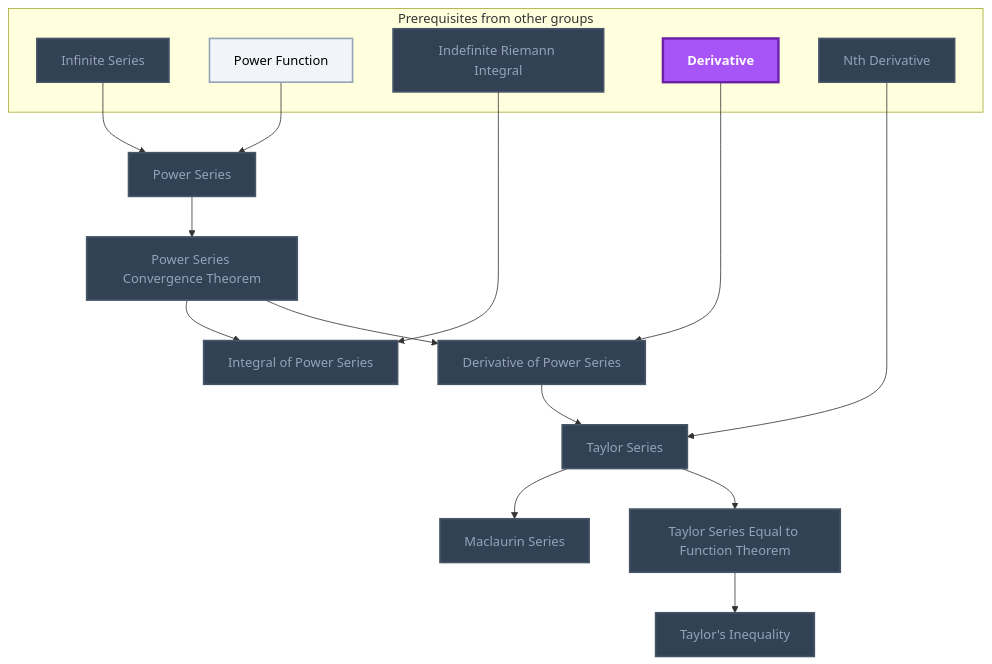
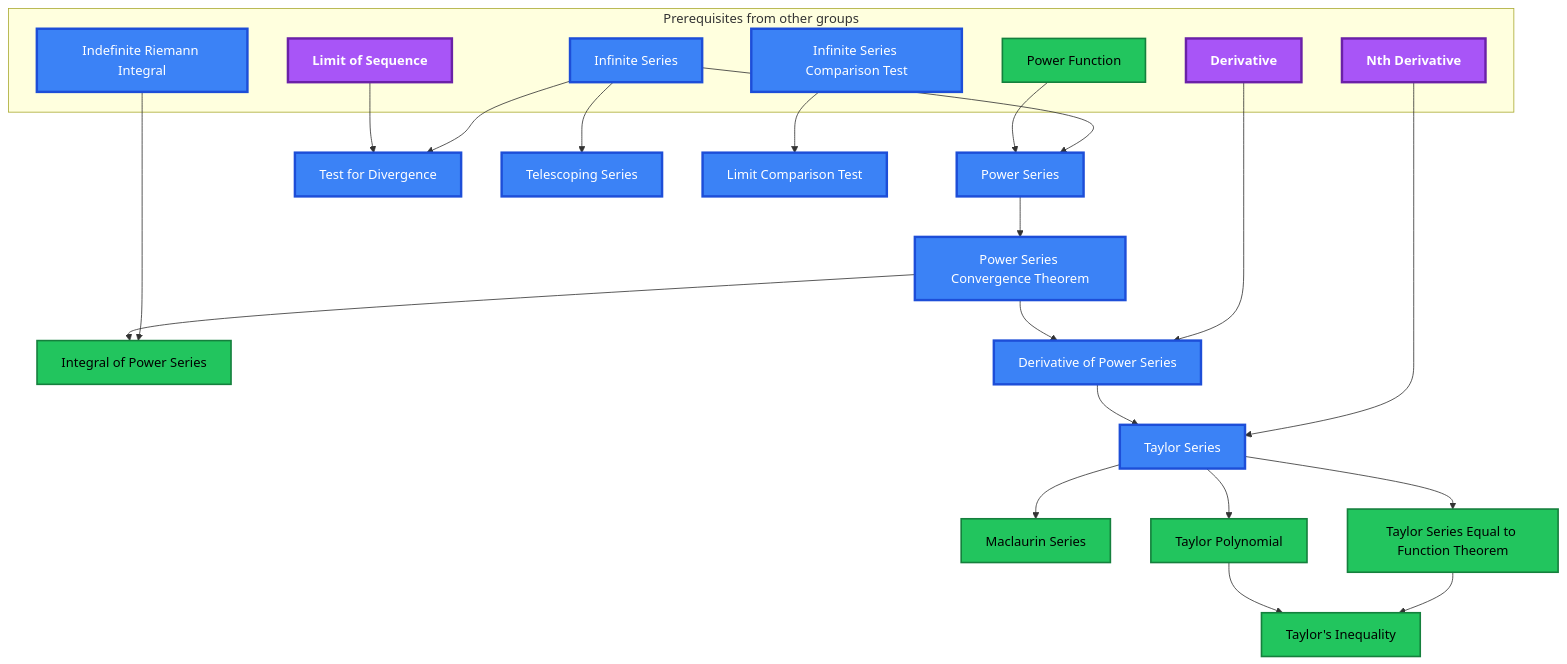
Before and after one commit to MRauf1/My-Notes: the eighth of 13 diagrams in Gamification/Skill Trees/Calculus.md, drawn with Mermaid. The commit also changed other lines of this file and 145 other files, not shown here.

````diff
--- a/Gamification/Skill Trees/Calculus.md
+++ b/Gamification/Skill Trees/Calculus.md
@@ -659,43 +717,55 @@
 ```mermaid
 flowchart TD
     classDef planned fill:#1E293B,stroke:#64748B,stroke-width:2px,stroke-dasharray:5 5,color:#94A3B8;
     classDef locked fill:#334155,stroke:#475569,stroke-width:2px,color:#94A3B8;
     classDef L0 fill:#F1F5F9,stroke:#94A3B8,stroke-width:2px,color:#000000;
     classDef L1 fill:#22C55E,stroke:#15803D,stroke-width:2px,color:#000000;
     classDef L2 fill:#3B82F6,stroke:#1D4ED8,stroke-width:3px,color:#FFFFFF;
     classDef L3 fill:#A855F7,stroke:#6B21A8,stroke-width:3px,color:#FFFFFF,font-weight:bold;
     classDef L4 fill:#F97316,stroke:#C2410C,stroke-width:4px,color:#000000,font-weight:bold;
     classDef L5 fill:#FFD700,stroke:#FF8C00,stroke-width:5px,color:#000000,font-weight:bold;
     classDef rusty stroke:#8B4513,stroke-width:4px,stroke-dasharray:3 3;
     subgraph sg_prereqs["Prerequisites from other groups"]
         n_infinite_series["Infinite Series"]
         n_power_function["Power Function"]
         n_indefinite_riemann_integral["Indefinite Riemann Integral"]
         n_derivative["Derivative"]
         n_nth_derivative["Nth Derivative"]
+        n_limit_of_sequence["Limit of Sequence"]
+        n_infinite_series_comparison_test["Infinite Series Comparison Test"]
     end
     n_power_series["Power Series"]
     n_power_series_convergence_theorem["Power Series Convergence Theorem"]
     n_integral_of_power_series["Integral of Power Series"]
     n_derivative_of_power_series["Derivative of Power Series"]
     n_maclaurin_series["Maclaurin Series"]
     n_taylor_series["Taylor Series"]
     n_taylor_series_equal_to_function_theorem["Taylor Series Equal to Function Theorem"]
     n_taylor_s_inequality["Taylor's Inequality"]
+    n_test_for_divergence["Test for Divergence"]
+    n_telescoping_series["Telescoping Series"]
+    n_limit_comparison_test["Limit Comparison Test"]
+    n_taylor_polynomial["Taylor Polynomial"]
     n_infinite_series --> n_power_series
     n_power_function --> n_power_series
     n_power_series --> n_power_series_convergence_theorem
     n_indefinite_riemann_integral --> n_integral_of_power_series
     n_power_series_convergence_theorem --> n_integral_of_power_series
     n_derivative --> n_derivative_of_power_series
     n_power_series_convergence_theorem --> n_derivative_of_power_series
     n_taylor_series --> n_maclaurin_series
     n_nth_derivative --> n_taylor_series
     n_derivative_of_power_series --> n_taylor_series
     n_taylor_series --> n_taylor_series_equal_to_function_theorem
     n_taylor_series_equal_to_function_theorem --> n_taylor_s_inequality
-    class n_infinite_series,n_indefinite_riemann_integral,n_nth_derivative,n_power_series,n_power_series_convergence_theorem,n_integral_of_power_series,n_derivative_of_power_series,n_maclaurin_series,n_taylor_series,n_taylor_series_equal_to_function_theorem,n_taylor_s_inequality locked;
-    class n_power_function L0;
-    class n_derivative L3;
-    class n_infinite_series,n_power_function,n_indefinite_riemann_integral,n_derivative,n_nth_derivative,n_power_series,n_power_series_convergence_theorem,n_integral_of_power_series,n_derivative_of_power_series,n_maclaurin_series,n_taylor_series,n_taylor_series_equal_to_function_theorem,n_taylor_s_inequality internal-link;
+    n_infinite_series --> n_test_for_divergence
+    n_limit_of_sequence --> n_test_for_divergence
+    n_infinite_series --> n_telescoping_series
+    n_infinite_series_comparison_test --> n_limit_comparison_test
+    n_taylor_series --> n_taylor_polynomial
+    n_taylor_polynomial --> n_taylor_s_inequality
+    class n_power_function,n_integral_of_power_series,n_maclaurin_series,n_taylor_series_equal_to_function_theorem,n_taylor_s_inequality,n_taylor_polynomial L1;
+    class n_infinite_series,n_indefinite_riemann_integral,n_infinite_series_comparison_test,n_power_series,n_power_series_convergence_theorem,n_derivative_of_power_series,n_taylor_series,n_test_for_divergence,n_telescoping_series,n_limit_comparison_test L2;
+    class n_derivative,n_nth_derivative,n_limit_of_sequence L3;
+    class n_infinite_series,n_power_function,n_indefinite_riemann_integral,n_derivative,n_nth_derivative,n_limit_of_sequence,n_infinite_series_comparison_test,n_power_series,n_power_series_convergence_theorem,n_integral_of_power_series,n_derivative_of_power_series,n_maclaurin_series,n_taylor_series,n_taylor_series_equal_to_function_theorem,n_taylor_s_inequality,n_test_for_divergence,n_telescoping_series,n_limit_comparison_test,n_taylor_polynomial internal-link;
 ```
````
